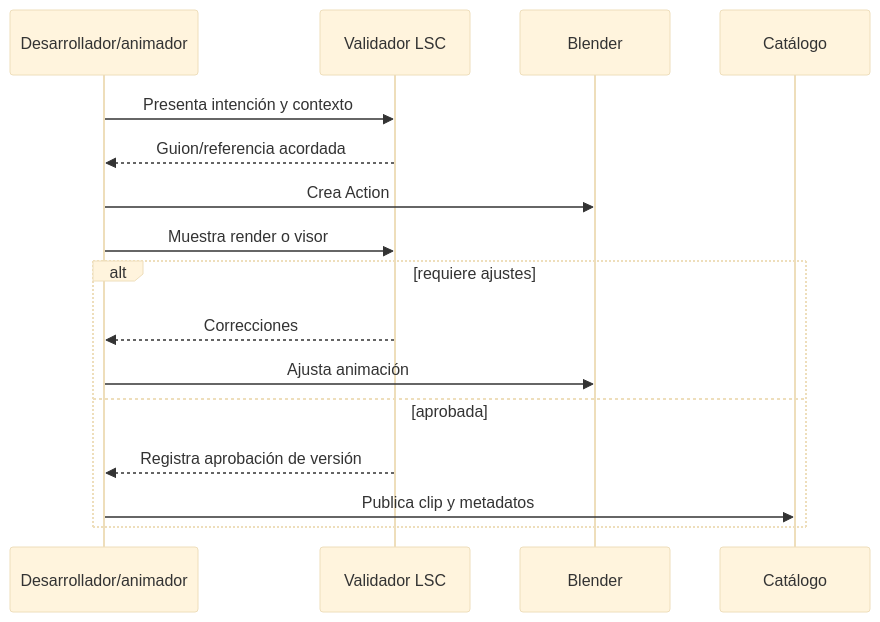
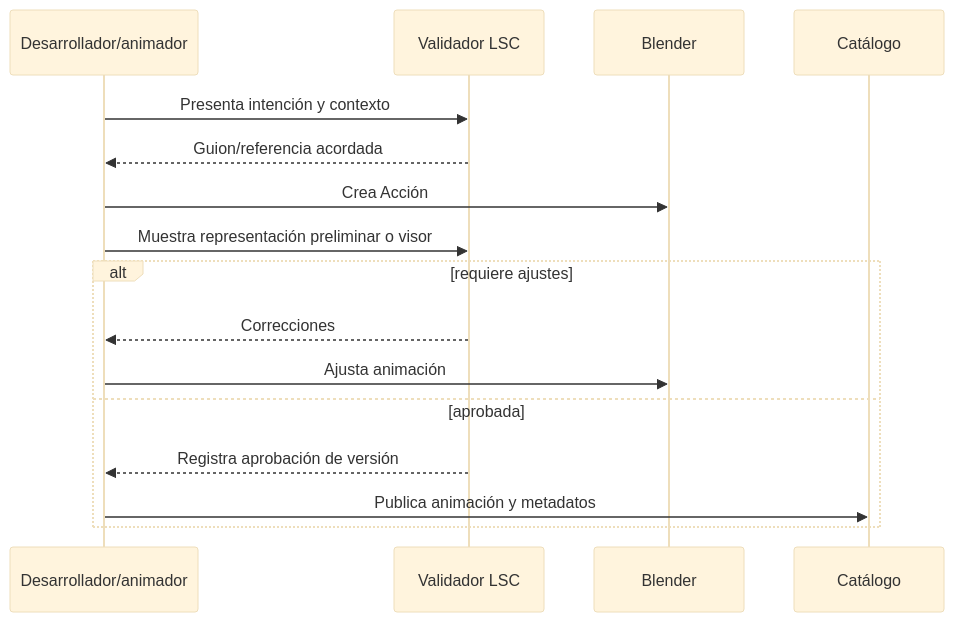
The third of 3 diagrams in docs/06-arquitectura/diagramas-secuencia.md (JhonatanC4STRO/NexoLSC), drawn with Mermaid (base theme) before and after one commit. The commit also changed other lines of this file and 41 other files, not shown here.

````diff
--- a/docs/06-arquitectura/diagramas-secuencia.md
+++ b/docs/06-arquitectura/diagramas-secuencia.md
@@ -67,19 +67,19 @@
 ```mermaid
 sequenceDiagram
     participant D as Desarrollador/animador
     participant V as Validador LSC
     participant B as Blender
     participant C as Catálogo
 
     D->>V: Presenta intención y contexto
     V-->>D: Guion/referencia acordada
-    D->>B: Crea Action
-    D->>V: Muestra render o visor
+    D->>B: Crea Acción
+    D->>V: Muestra representación preliminar o visor
     alt requiere ajustes
         V-->>D: Correcciones
         D->>B: Ajusta animación
     else aprobada
         V-->>D: Registra aprobación de versión
-        D->>C: Publica clip y metadatos
+        D->>C: Publica animación y metadatos
     end
 ```
````
